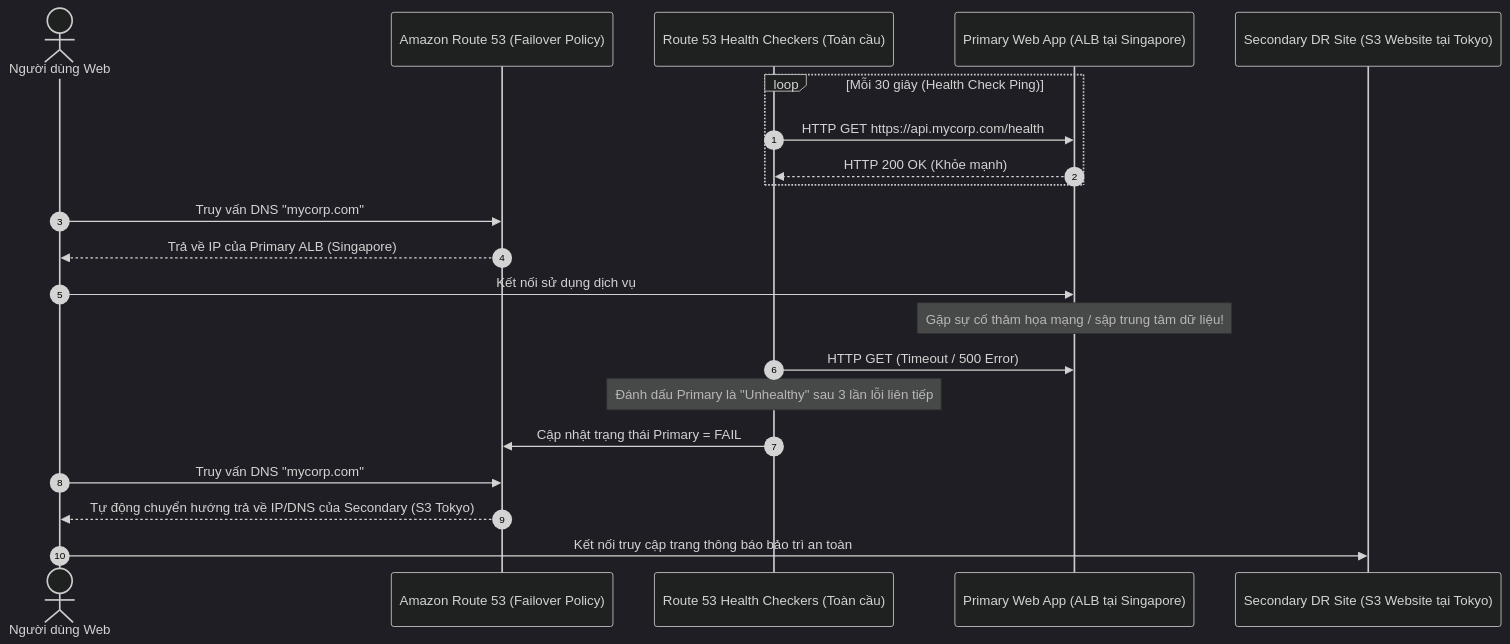
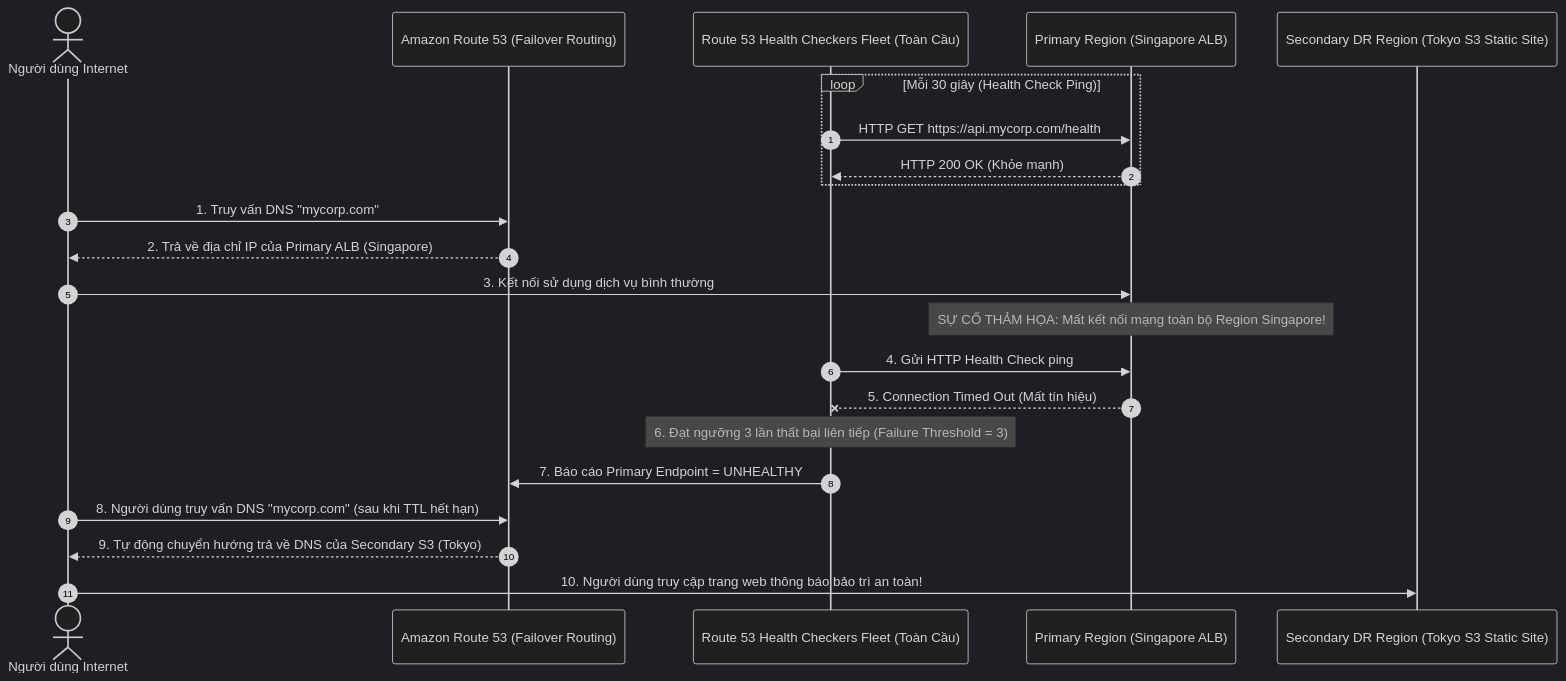
One commit to nhatphanhk/AWS_XBrain_Note changed the fifth of 5 diagrams in AWS_Services/Route53_DNS.md. Above: the diagram before and after it, drawn with Mermaid (dark theme). The commit also changed other lines of this file and 15 other files, not shown here.

````diff
--- a/AWS_Services/Route53_DNS.md
+++ b/AWS_Services/Route53_DNS.md
@@ -93,27 +159,28 @@
 ```mermaid
 sequenceDiagram
     autonumber
-    actor User as Người dùng Web
-    participant DNS as Amazon Route 53 (Failover Policy)
-    participant HC as Route 53 Health Checkers (Toàn cầu)
-    participant Primary as Primary Web App (ALB tại Singapore)
-    participant Secondary as Secondary DR Site (S3 Website tại Tokyo)
+    actor User as Người dùng Internet
+    participant R53 as Amazon Route 53 (Failover Routing)
+    participant HC as Route 53 Health Checkers Fleet (Toàn Cầu)
+    participant Pri_ALB as Primary Region (Singapore ALB)
+    participant Sec_S3 as Secondary DR Region (Tokyo S3 Static Site)
 
     loop Mỗi 30 giây (Health Check Ping)
-        HC->>Primary: HTTP GET https://api.mycorp.com/health
-        Primary-->>HC: HTTP 200 OK (Khỏe mạnh)
+        HC->>Pri_ALB: HTTP GET https://api.mycorp.com/health
+        Pri_ALB-->>HC: HTTP 200 OK (Khỏe mạnh)
     end
 
-    User->>DNS: Truy vấn DNS "mycorp.com"
-    DNS-->>User: Trả về IP của Primary ALB (Singapore)
-    User->>Primary: Kết nối sử dụng dịch vụ
+    User->>R53: 1. Truy vấn DNS "mycorp.com"
+    R53-->>User: 2. Trả về địa chỉ IP của Primary ALB (Singapore)
+    User->>Pri_ALB: 3. Kết nối sử dụng dịch vụ bình thường
 
-    Note over Primary: Gặp sự cố thảm họa mạng / sập trung tâm dữ liệu!
-    HC->>Primary: HTTP GET (Timeout / 500 Error)
-    Note over HC: Đánh dấu Primary là "Unhealthy" sau 3 lần lỗi liên tiếp
-    HC->>DNS: Cập nhật trạng thái Primary = FAIL
-
-    User->>DNS: Truy vấn DNS "mycorp.com"
-    DNS-->>User: Tự động chuyển hướng trả về IP/DNS của Secondary (S3 Tokyo)
-    User->>Secondary: Kết nối truy cập trang thông báo bảo trì an toàn
+    Note over Pri_ALB: SỰ CỐ THẢM HỌA: Mất kết nối mạng toàn bộ Region Singapore!
+    HC->>Pri_ALB: 4. Gửi HTTP Health Check ping
+    Pri_ALB--xHC: 5. Connection Timed Out (Mất tín hiệu)
+    Note over HC: 6. Đạt ngưỡng 3 lần thất bại liên tiếp (Failure Threshold = 3)
+    HC->>R53: 7. Báo cáo Primary Endpoint = UNHEALTHY
+    
+    User->>R53: 8. Người dùng truy vấn DNS "mycorp.com" (sau khi TTL hết hạn)
+    R53-->>User: 9. Tự động chuyển hướng trả về DNS của Secondary S3 (Tokyo)
+    User->>Sec_S3: 10. Người dùng truy cập trang web thông báo bảo trì an toàn!
 ```
````
